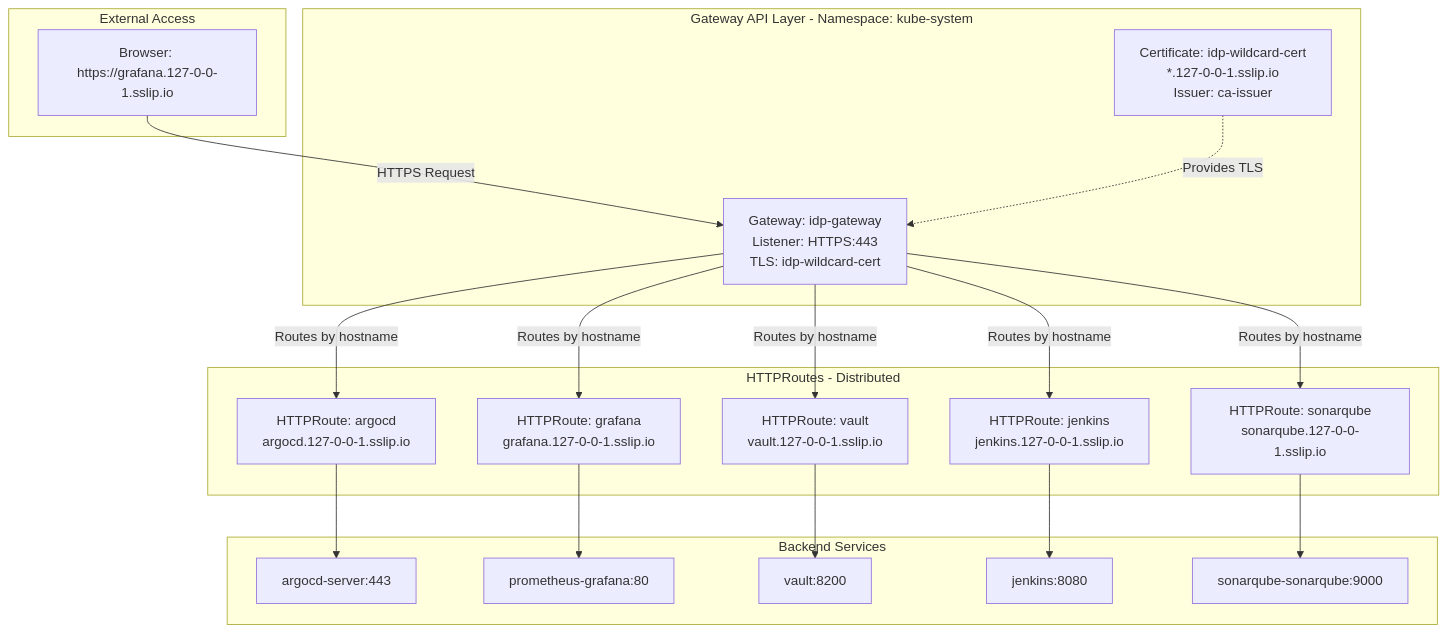
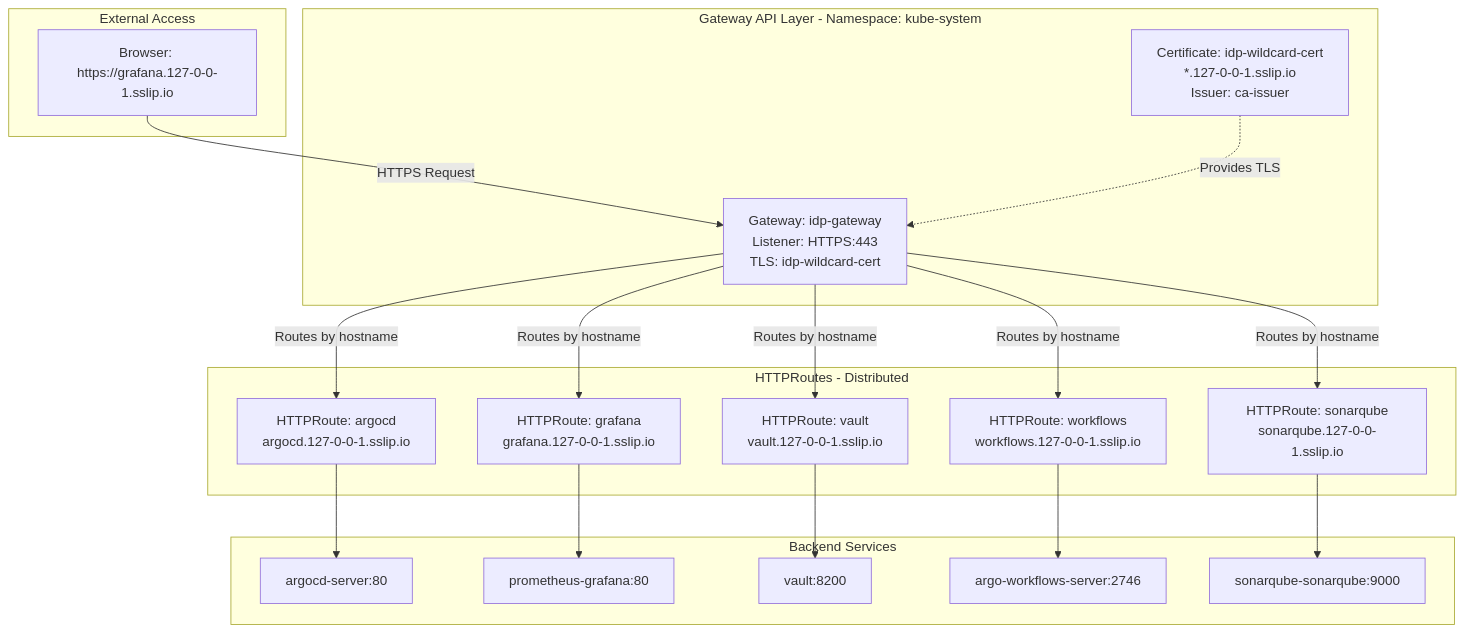
Before and after one commit to rou-cru/idp-blueprint: the ninth of 10 diagrams in ARCHITECTURE_VISUAL.md, drawn with Mermaid. The commit also changed other lines of this file and 10 other files, not shown here.

Commit message:
docs(project): update architecture and developer UX

````diff
--- a/ARCHITECTURE_VISUAL.md
+++ b/ARCHITECTURE_VISUAL.md
@@ -365,42 +366,42 @@
 ```mermaid
 graph TB
     subgraph External Access
         Browser[Browser: https://grafana.127-0-0-1.sslip.io]
     end
 
     subgraph Gateway API Layer - Namespace: kube-system
         Gateway[Gateway: idp-gateway<br/>Listener: HTTPS:443<br/>TLS: idp-wildcard-cert]
         Cert[Certificate: idp-wildcard-cert<br/>*.127-0-0-1.sslip.io<br/>Issuer: ca-issuer]
     end
 
     subgraph HTTPRoutes - Distributed
         HR1[HTTPRoute: argocd<br/>argocd.127-0-0-1.sslip.io]
         HR2[HTTPRoute: grafana<br/>grafana.127-0-0-1.sslip.io]
         HR3[HTTPRoute: vault<br/>vault.127-0-0-1.sslip.io]
-        HR4[HTTPRoute: jenkins<br/>jenkins.127-0-0-1.sslip.io]
+        HR4[HTTPRoute: workflows<br/>workflows.127-0-0-1.sslip.io]
         HR5[HTTPRoute: sonarqube<br/>sonarqube.127-0-0-1.sslip.io]
     end
 
     subgraph Backend Services
-        S1[argocd-server:443]
+        S1[argocd-server:80]
         S2[prometheus-grafana:80]
         S3[vault:8200]
-        S4[jenkins:8080]
+        S4[argo-workflows-server:2746]
         S5[sonarqube-sonarqube:9000]
     end
 
     Browser -->|HTTPS Request| Gateway
     Gateway -->|Routes by hostname| HR1
     Gateway -->|Routes by hostname| HR2
     Gateway -->|Routes by hostname| HR3
     Gateway -->|Routes by hostname| HR4
     Gateway -->|Routes by hostname| HR5
 
     HR1 --> S1
     HR2 --> S2
     HR3 --> S3
     HR4 --> S4
     HR5 --> S5
 
     Cert -.->|Provides TLS| Gateway
 ```
````
